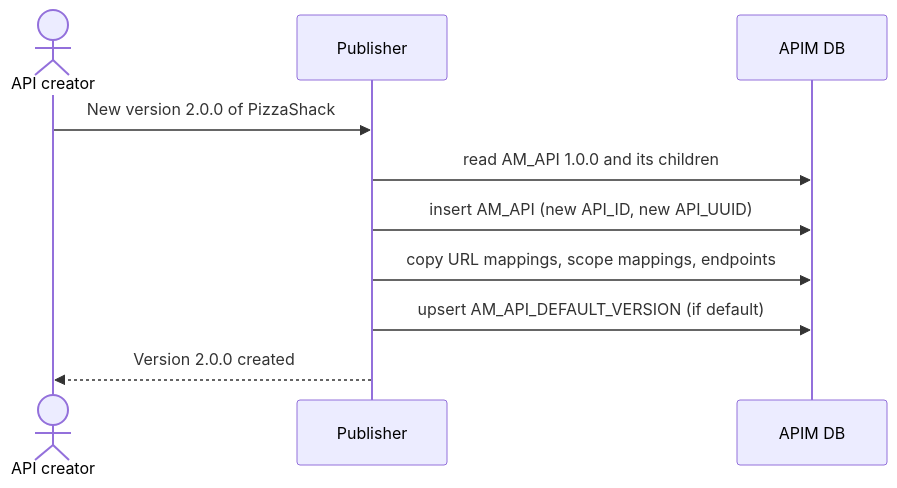
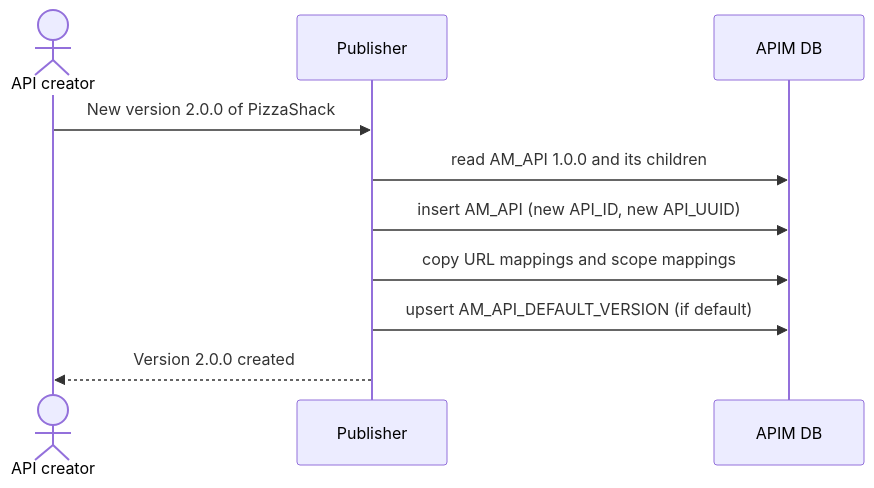
The diagram in docs/apim-4/flows/03-new-version.md (SaviNimz/apim-db-docs), drawn with Mermaid before and after one commit. The commit also changed other lines of this file and 55 other files, not shown here.

First line of the commit message:
Verify all core flows against running 3.2.0 and 4.7.0 servers

````diff
--- a/docs/apim-4/flows/03-new-version.md
+++ b/docs/apim-4/flows/03-new-version.md
@@ -12,12 +18,12 @@
 ```mermaid
 sequenceDiagram
     actor Creator as API creator
     participant Pub as Publisher
     participant DB as APIM DB
     Creator->>Pub: New version 2.0.0 of PizzaShack
     Pub->>DB: read AM_API 1.0.0 and its children
     Pub->>DB: insert AM_API (new API_ID, new API_UUID)
-    Pub->>DB: copy URL mappings, scope mappings, endpoints
+    Pub->>DB: copy URL mappings and scope mappings
     Pub->>DB: upsert AM_API_DEFAULT_VERSION (if default)
     Pub-->>Creator: Version 2.0.0 created
 ```
````
